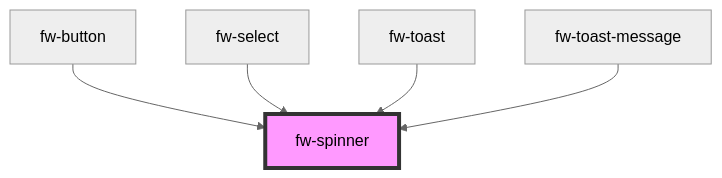
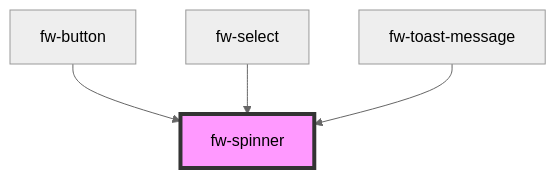
One commit to freshworks/crayons changed the diagram in packages/crayons-core/src/components/spinner/readme.md. Above: the diagram before and after it, drawn with Mermaid (neutral theme). The commit also changed other lines of this file and 1 other file, not shown here.

Commit message:
docs(site readme): update site readme to point the install scripts to canary channel

````diff
--- a/packages/crayons-core/src/components/spinner/readme.md
+++ b/packages/crayons-core/src/components/spinner/readme.md
@@ -73,8 +72,7 @@
 ```mermaid
 graph TD;
   fw-button --> fw-spinner
   fw-select --> fw-spinner
-  fw-toast --> fw-spinner
   fw-toast-message --> fw-spinner
   style fw-spinner fill:#f9f,stroke:#333,stroke-width:4px
 ```
````
